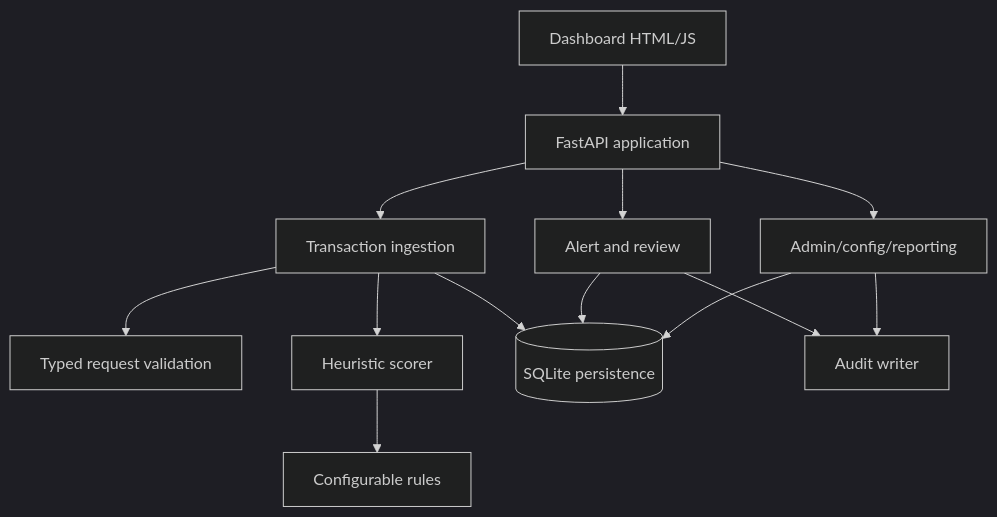
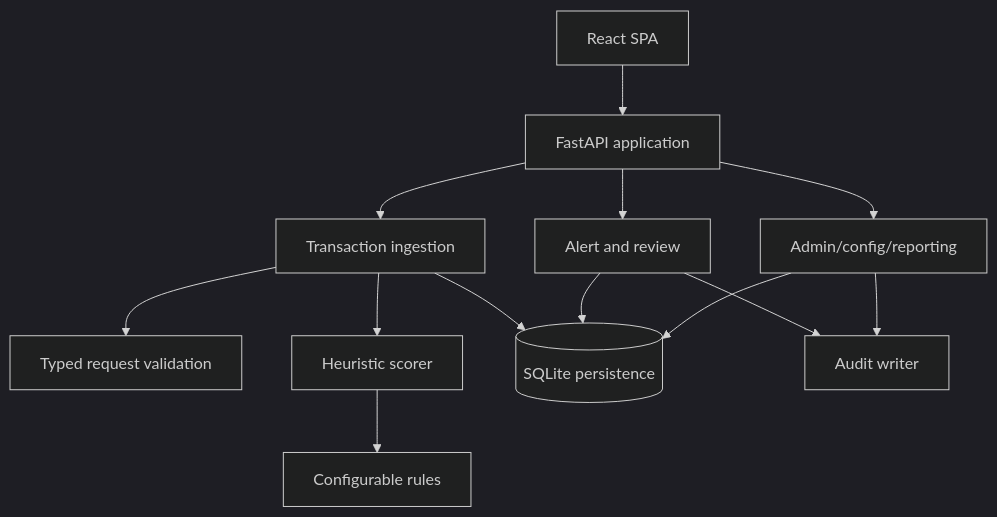
Before and after one commit to bhavitanand/Fraud-Detection-SE-Lab: the fourth of 15 diagrams in docs/lab-alignment.md, drawn with Mermaid (dark theme). The commit also changed other lines of this file and 67 other files, not shown here.

````diff
--- a/docs/lab-alignment.md
+++ b/docs/lab-alignment.md
@@ -65,15 +65,15 @@
 ```mermaid
 flowchart TD
  API[FastAPI application] --> Ingest[Transaction ingestion]
  API --> Review[Alert and review]
  API --> Admin[Admin/config/reporting]
  Ingest --> Validate[Typed request validation]
  Ingest --> Score[Heuristic scorer]
  Score --> Rules[Configurable rules]
  Ingest --> Store[(SQLite persistence)]
  Review --> Store
  Review --> Audit[Audit writer]
  Admin --> Store
  Admin --> Audit
- UI[Dashboard HTML/JS] --> API
+ UI[React SPA] --> API
 ```
````
